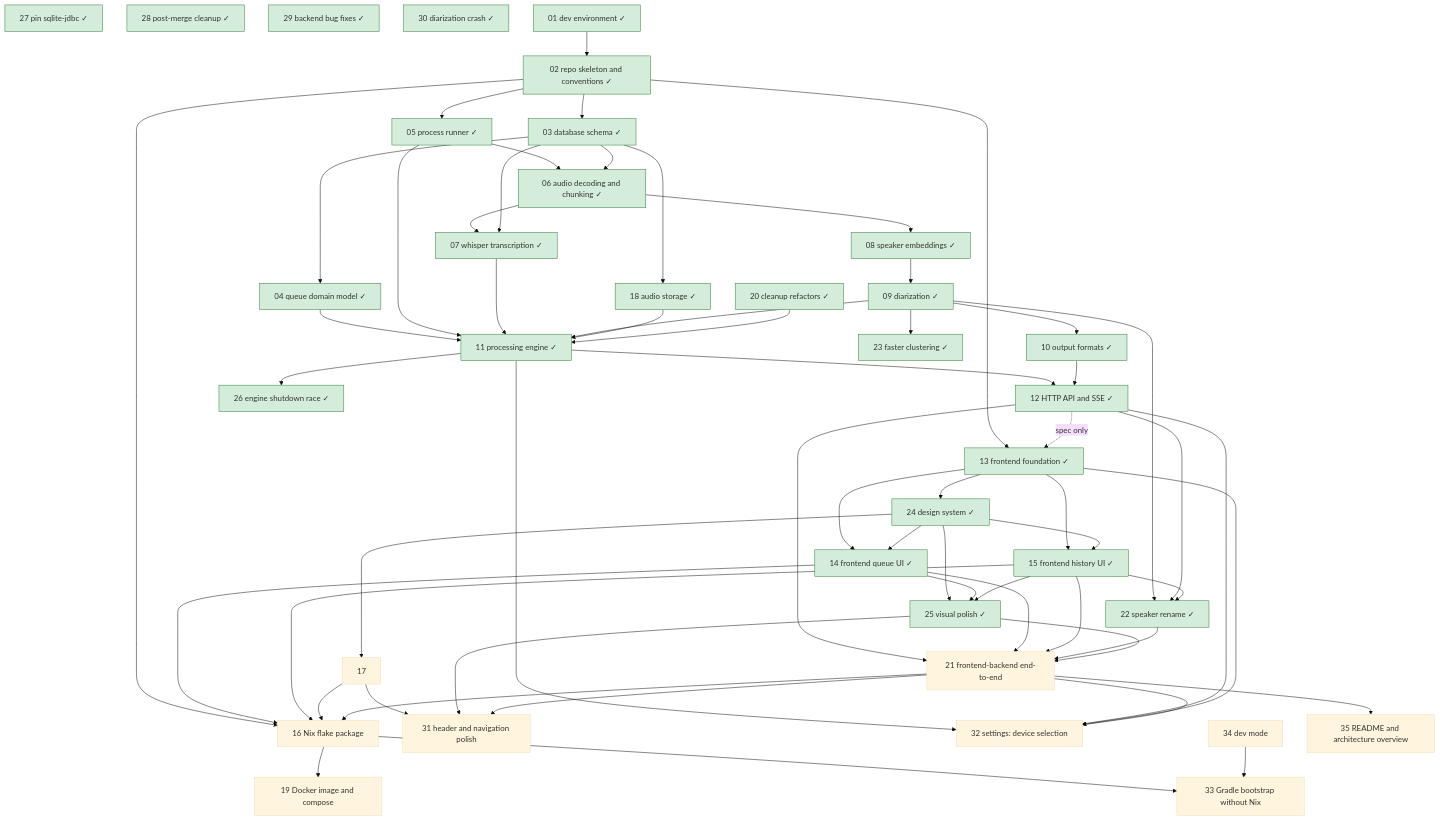
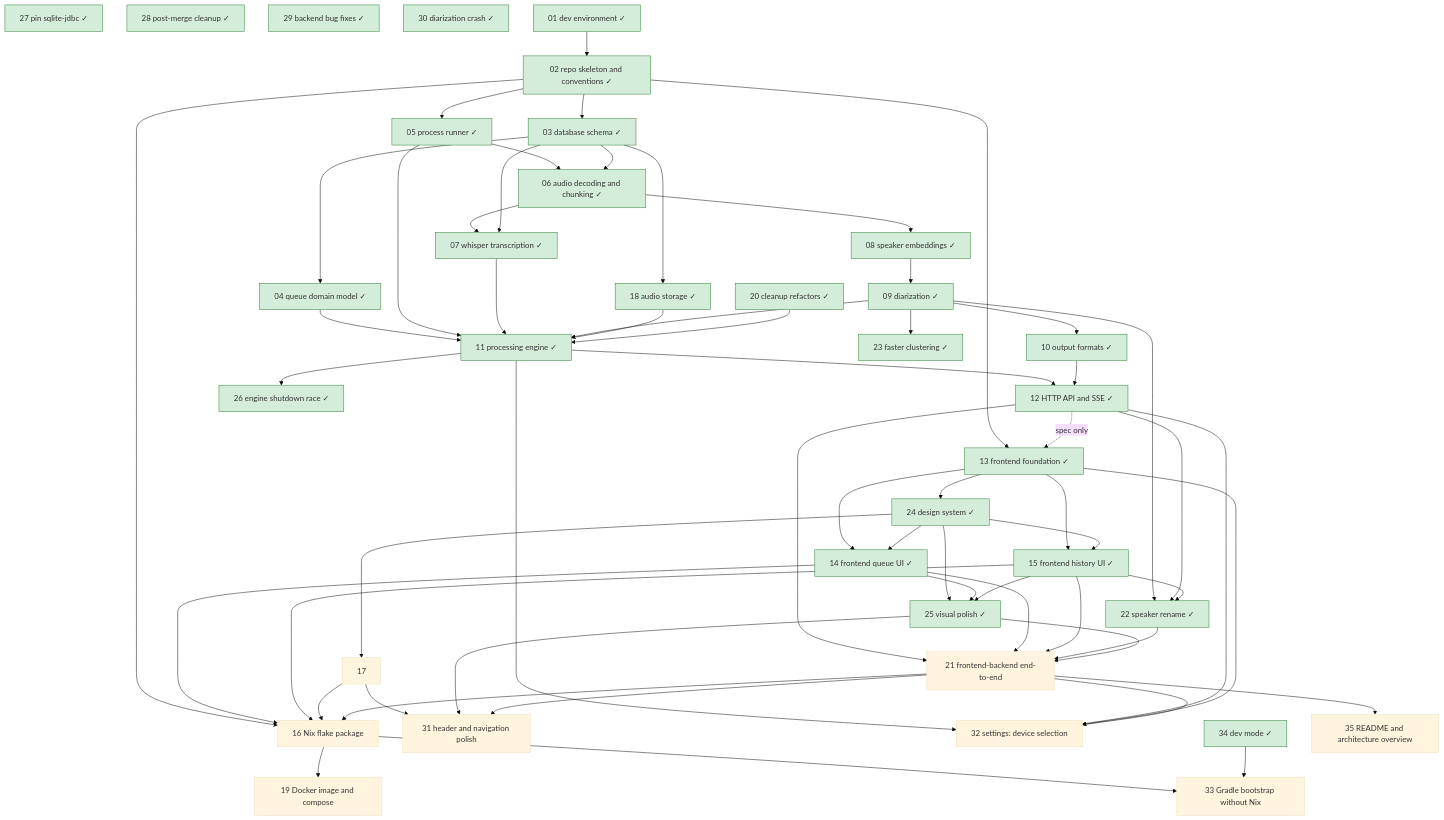
One commit to lulu-berlin/speech-to-text-app changed the diagram in roadmap/README.md. Above: the diagram before and after it, drawn with Mermaid (base theme). The commit also changed other lines of this file and 1 other file, not shown here.

Commit message:
Item 34: spec to docs/specs/dev-mode.md; README done

````diff
--- a/roadmap/README.md
+++ b/roadmap/README.md
@@ -17,67 +17,67 @@
 ```mermaid
 graph TD
   01[01 dev environment ✓]:::done --> 02[02 repo skeleton and conventions ✓]:::done
   02 --> 03[03 database schema ✓]:::done
   03 --> 04[04 queue domain model ✓]:::done
   02 --> 05[05 process runner ✓]:::done
   05 --> 06[06 audio decoding and chunking ✓]:::done
   03 --> 06
   06 --> 07[07 whisper transcription ✓]:::done
   03 --> 07
   06 --> 08[08 speaker embeddings ✓]:::done
   08 --> 09[09 diarization ✓]:::done
   09 --> 10[10 output formats ✓]:::done
   04 --> 11[11 processing engine ✓]:::done
   05 --> 11
   07 --> 11
   09 --> 11
   03 --> 18[18 audio storage ✓]:::done
   18 --> 11
   20 --> 11
   11 --> 12[12 HTTP API and SSE ✓]:::done
   10 --> 12
   02 --> 13[13 frontend foundation ✓]:::done
   12 -. spec only .-> 13
   13 --> 14[14 frontend queue UI ✓]:::done
   13 --> 15[15 frontend history UI ✓]:::done
   02 --> 16[16 Nix flake package]
   14 --> 16
   15 --> 16
   17 --> 16
   20[20 cleanup refactors ✓]:::done
   12 --> 21[21 frontend-backend end-to-end]
   14 --> 21
   15 --> 21
   22 --> 21
   25 --> 21
   16 --> 19[19 Docker image and compose]
   21 --> 16
   09 --> 22[22 speaker rename ✓]:::done
   12 --> 22
   15 --> 22
   09 --> 23[23 faster clustering ✓]:::done
   13 --> 24[24 design system ✓]:::done
   24 --> 14
   24 --> 15
   24 --> 17
   24 --> 25[25 visual polish ✓]:::done
   14 --> 25
   15 --> 25
   11 --> 26[26 engine shutdown race ✓]:::done
   27[27 pin sqlite-jdbc ✓]:::done
   28[28 post-merge cleanup ✓]:::done
   29[29 backend bug fixes ✓]:::done
   30[30 diarization crash ✓]:::done
   17 --> 31[31 header and navigation polish]
   25 --> 31
   21 --> 31
   11 --> 32[32 settings: device selection]
   12 --> 32
   13 --> 32
   21 --> 32
   16 --> 33[33 Gradle bootstrap without Nix]
   34 --> 33
-  34[34 dev mode]
+  34[34 dev mode ✓]:::done
   21 --> 35[35 README and architecture overview]
   classDef done fill:#d4edda,stroke:#2e7d32
 ```
````
